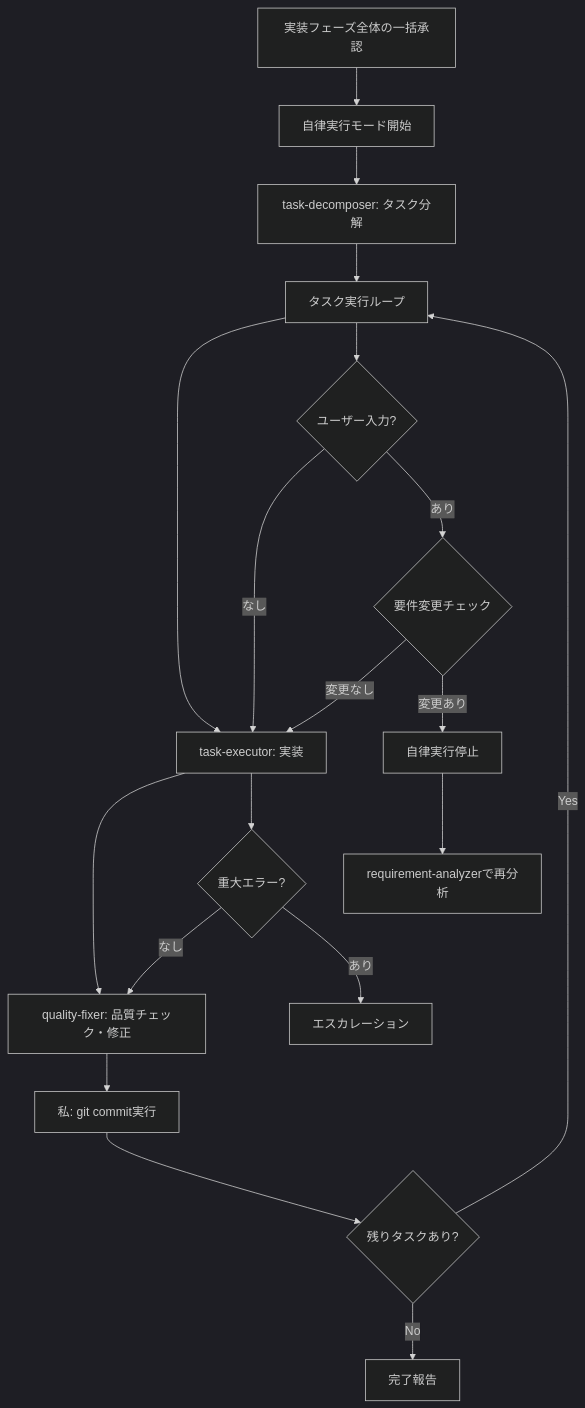
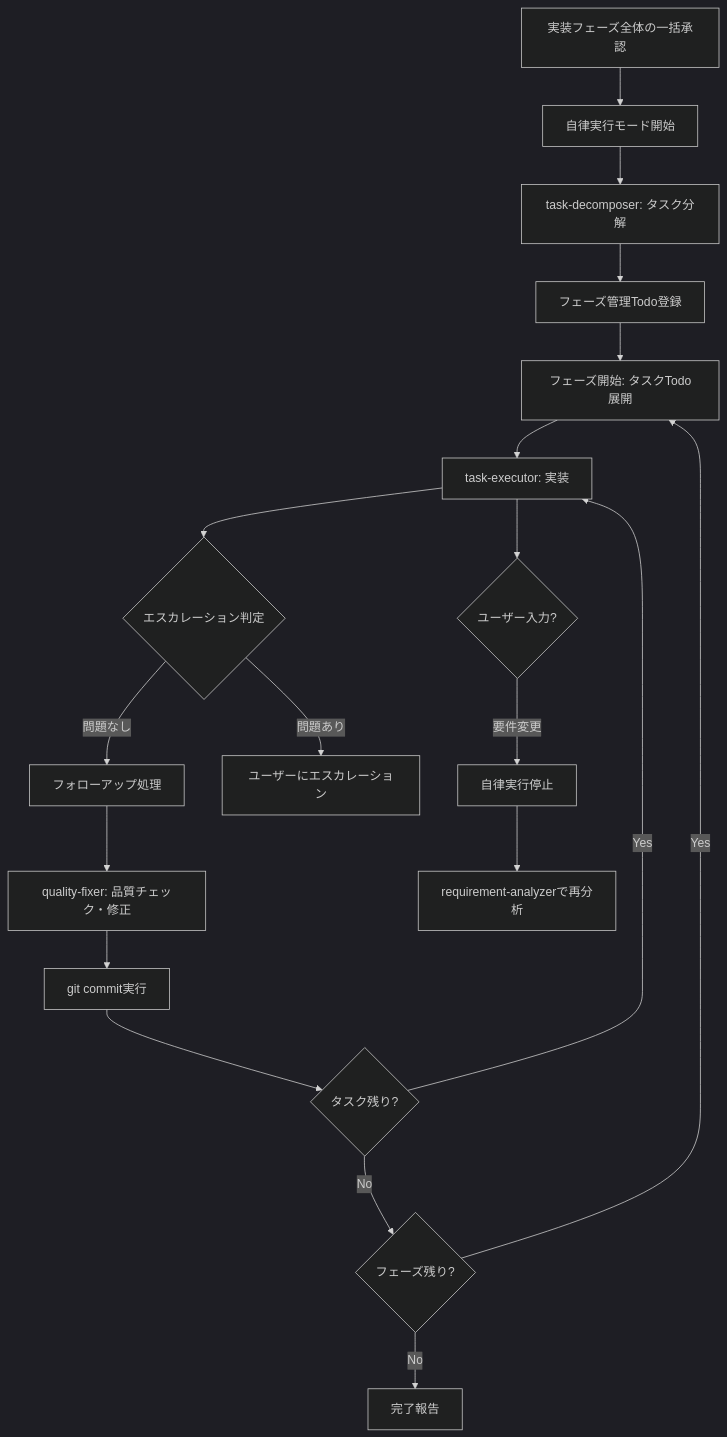
Before and after one commit to shinpr/ai-coding-project-boilerplate: the second of 2 diagrams in docs/guides/ja/sub-agents.md, drawn with Mermaid (dark theme). The commit also changed other lines of this file and 15 other files, not shown here.

````diff
--- a/docs/guides/ja/sub-agents.md
+++ b/docs/guides/ja/sub-agents.md
@@ -197,23 +199,22 @@
 ```mermaid
 graph TD
     START[実装フェーズ全体の一括承認] --> AUTO[自律実行モード開始]
     AUTO --> TD[task-decomposer: タスク分解]
-    TD --> LOOP[タスク実行ループ]
-    LOOP --> TE[task-executor: 実装]
-    TE --> QF[quality-fixer: 品質チェック・修正]
-    QF --> COMMIT[私: git commit実行]
-    COMMIT --> CHECK{残りタスクあり?}
-    CHECK -->|Yes| LOOP
-    CHECK -->|No| REPORT[完了報告]
-    
-    LOOP --> INTERRUPT{ユーザー入力?}
-    INTERRUPT -->|なし| TE
-    INTERRUPT -->|あり| REQCHECK{要件変更チェック}
-    REQCHECK -->|変更なし| TE
-    REQCHECK -->|変更あり| STOP[自律実行停止]
-    STOP --> RA[requirement-analyzerで再分析]
-    
-    TE --> ERROR{重大エラー?}
-    ERROR -->|なし| QF
-    ERROR -->|あり| ESC[エスカレーション]
+    TD --> PHASE[フェーズ管理Todo登録]
+    PHASE --> PSTART[フェーズ開始: タスクTodo展開]
+    PSTART --> TE[task-executor: 実装]
+    TE --> ESC{エスカレーション判定}
+    ESC -->|問題なし| FOLLOW[フォローアップ処理]
+    ESC -->|問題あり| STOP[ユーザーにエスカレーション]
+    FOLLOW --> QF[quality-fixer: 品質チェック・修正]
+    QF --> COMMIT[git commit実行]
+    COMMIT --> TCHECK{タスク残り?}
+    TCHECK -->|Yes| TE
+    TCHECK -->|No| PCHECK{フェーズ残り?}
+    PCHECK -->|Yes| PSTART
+    PCHECK -->|No| REPORT[完了報告]
+
+    TE --> INTERRUPT{ユーザー入力?}
+    INTERRUPT -->|要件変更| STOP2[自律実行停止]
+    STOP2 --> RA[requirement-analyzerで再分析]
 ```
````
